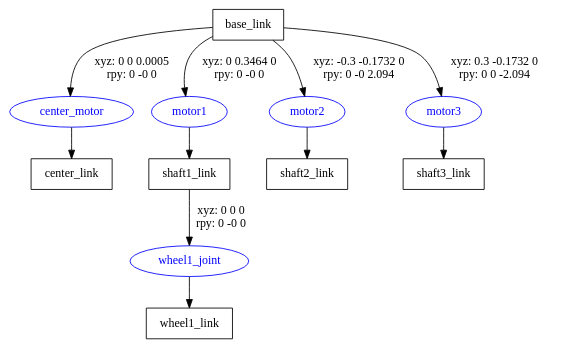
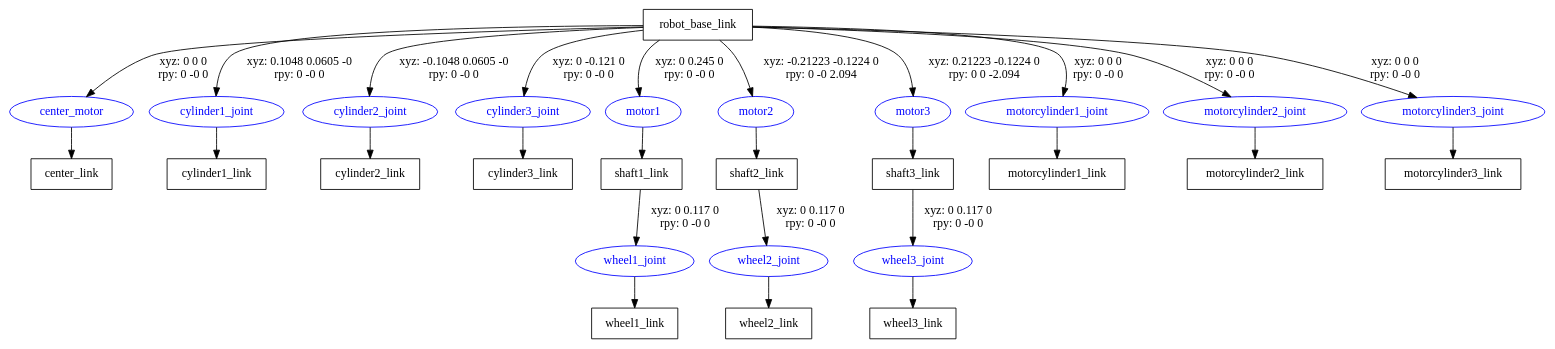
The diagram in underwater_ws/src/underwater_sim/urdf/underwater.gv (weilunwc/Underwater), drawn with Graphviz before and after one commit. The commit also changed 3 other files, not shown here.

```diff
--- a/underwater_ws/src/underwater_sim/urdf/underwater.gv
+++ b/underwater_ws/src/underwater_sim/urdf/underwater.gv
@@ -1,20 +1,44 @@
 digraph G {
 node [shape=box];
-"base_link" [label="base_link"];
+"robot_base_link" [label="robot_base_link"];
 "center_link" [label="center_link"];
+"cylinder1_link" [label="cylinder1_link"];
+"cylinder2_link" [label="cylinder2_link"];
+"cylinder3_link" [label="cylinder3_link"];
 "shaft1_link" [label="shaft1_link"];
 "wheel1_link" [label="wheel1_link"];
 "shaft2_link" [label="shaft2_link"];
+"wheel2_link" [label="wheel2_link"];
 "shaft3_link" [label="shaft3_link"];
+"wheel3_link" [label="wheel3_link"];
+"motorcylinder1_link" [label="motorcylinder1_link"];
+"motorcylinder2_link" [label="motorcylinder2_link"];
+"motorcylinder3_link" [label="motorcylinder3_link"];
 node [shape=ellipse, color=blue, fontcolor=blue];
-"base_link" -> "center_motor" [label="xyz: 0 0 0.0005 \nrpy: 0 -0 0"]
+"robot_base_link" -> "center_motor" [label="xyz: 0 0 0 \nrpy: 0 -0 0"]
 "center_motor" -> "center_link"
-"base_link" -> "motor1" [label="xyz: 0 0.3464 0 \nrpy: 0 -0 0"]
+"robot_base_link" -> "cylinder1_joint" [label="xyz: 0.1048 0.0605 -0 \nrpy: 0 -0 0"]
+"cylinder1_joint" -> "cylinder1_link"
+"robot_base_link" -> "cylinder2_joint" [label="xyz: -0.1048 0.0605 -0 \nrpy: 0 -0 0"]
+"cylinder2_joint" -> "cylinder2_link"
+"robot_base_link" -> "cylinder3_joint" [label="xyz: 0 -0.121 0 \nrpy: 0 -0 0"]
+"cylinder3_joint" -> "cylinder3_link"
+"robot_base_link" -> "motor1" [label="xyz: 0 0.245 0 \nrpy: 0 -0 0"]
 "motor1" -> "shaft1_link"
-"shaft1_link" -> "wheel1_joint" [label="xyz: 0 0 0 \nrpy: 0 -0 0"]
+"shaft1_link" -> "wheel1_joint" [label="xyz: 0 0.117 0 \nrpy: 0 -0 0"]
 "wheel1_joint" -> "wheel1_link"
-"base_link" -> "motor2" [label="xyz: -0.3 -0.1732 0 \nrpy: 0 -0 2.094"]
+"robot_base_link" -> "motor2" [label="xyz: -0.21223 -0.1224 0 \nrpy: 0 -0 2.094"]
 "motor2" -> "shaft2_link"
-"base_link" -> "motor3" [label="xyz: 0.3 -0.1732 0 \nrpy: 0 0 -2.094"]
+"shaft2_link" -> "wheel2_joint" [label="xyz: 0 0.117 0 \nrpy: 0 -0 0"]
+"wheel2_joint" -> "wheel2_link"
+"robot_base_link" -> "motor3" [label="xyz: 0.21223 -0.1224 0 \nrpy: 0 0 -2.094"]
 "motor3" -> "shaft3_link"
+"shaft3_link" -> "wheel3_joint" [label="xyz: 0 0.117 0 \nrpy: 0 -0 0"]
+"wheel3_joint" -> "wheel3_link"
+"robot_base_link" -> "motorcylinder1_joint" [label="xyz: 0 0 0 \nrpy: 0 -0 0"]
+"motorcylinder1_joint" -> "motorcylinder1_link"
+"robot_base_link" -> "motorcylinder2_joint" [label="xyz: 0 0 0 \nrpy: 0 -0 0"]
+"motorcylinder2_joint" -> "motorcylinder2_link"
+"robot_base_link" -> "motorcylinder3_joint" [label="xyz: 0 0 0 \nrpy: 0 -0 0"]
+"motorcylinder3_joint" -> "motorcylinder3_link"
 }
```
